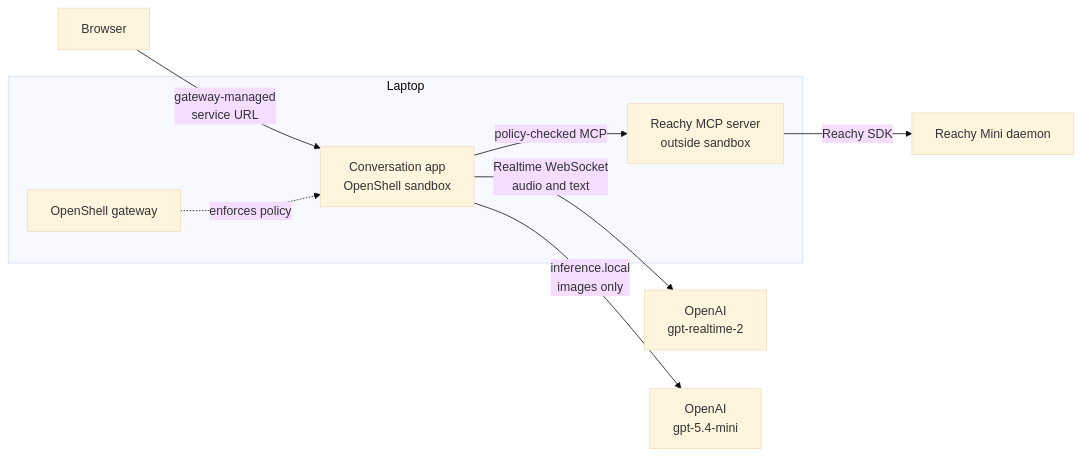
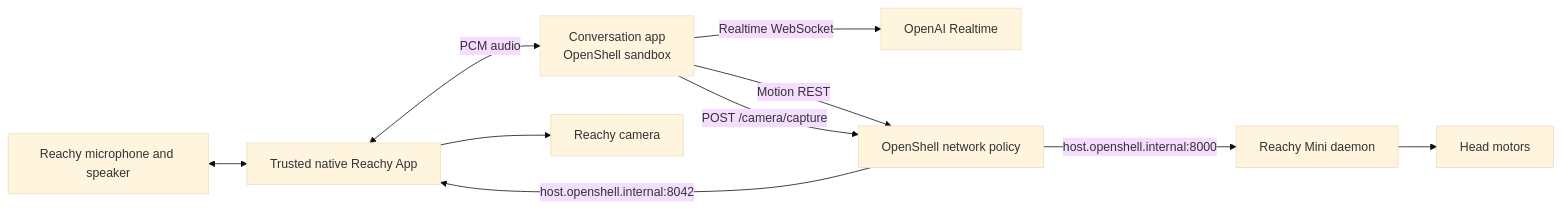
The diagram in docs/projects/reachy-mini-openshell-sandbox.md (NVIDIA/OpenShell-Research), drawn with Mermaid (base theme) before and after one commit. The commit also changed other lines of this file and 52 other files, not shown here.

````diff
--- a/docs/projects/reachy-mini-openshell-sandbox.md
+++ b/docs/projects/reachy-mini-openshell-sandbox.md
@@ -31,16 +36,12 @@
 ```mermaid
 flowchart LR
-    U["Browser"] -->|"gateway-managed<br/>service URL"| A["Conversation app<br/>OpenShell sandbox"]
-
-    subgraph L["Laptop"]
-        G["OpenShell gateway"]
-        A
-        M["Reachy MCP server<br/>outside sandbox"]
-    end
-
-    G -. "enforces policy" .-> A
-    A -->|"Realtime WebSocket<br/>audio and text"| R["OpenAI<br/>gpt-realtime-2"]
-    A -->|"inference.local<br/>images only"| V["OpenAI<br/>gpt-5.4-mini"]
-    A -->|"policy-checked MCP"| M
-    M -->|"Reachy SDK"| D["Reachy Mini daemon"]
+    U["Reachy microphone and speaker"] <--> N["Trusted native Reachy App"]
+    N <-->|"PCM audio"| A["Conversation app<br/>OpenShell sandbox"]
+    A -->|"Realtime WebSocket"| O["OpenAI Realtime"]
+    A -->|"Motion REST"| P["OpenShell network policy"]
+    P -->|"host.openshell.internal:8000"| D["Reachy Mini daemon"]
+    D --> H["Head motors"]
+    A -->|"POST /camera/capture"| P
+    P -->|"host.openshell.internal:8042"| N
+    N --> C["Reachy camera"]
 ```
````
